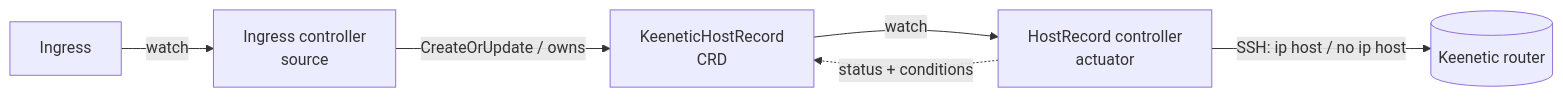
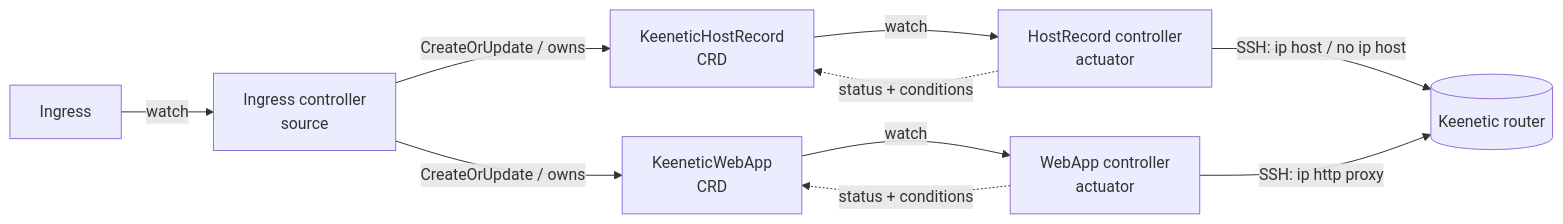
Before and after one commit to Arbuzov/keenetic-operator: the diagram in README.md, drawn with Mermaid. The commit also changed other lines of this file and 19 other files, not shown here.

````diff
--- a/README.md
+++ b/README.md
@@ -23,8 +31,12 @@
 ```mermaid
 flowchart LR
   ING[Ingress] -->|watch| SRC[Ingress controller<br/>source]
   SRC -->|CreateOrUpdate / owns| CR[KeeneticHostRecord<br/>CRD]
+  SRC -->|CreateOrUpdate / owns| WA[KeeneticWebApp<br/>CRD]
   CR -->|watch| ACT[HostRecord controller<br/>actuator]
+  WA -->|watch| WAC[WebApp controller<br/>actuator]
   ACT -->|SSH: ip host / no ip host| RT[(Keenetic router)]
+  WAC -->|SSH: ip http proxy| RT
   ACT -.->|status + conditions| CR
+  WAC -.->|status + conditions| WA
 ```
````
